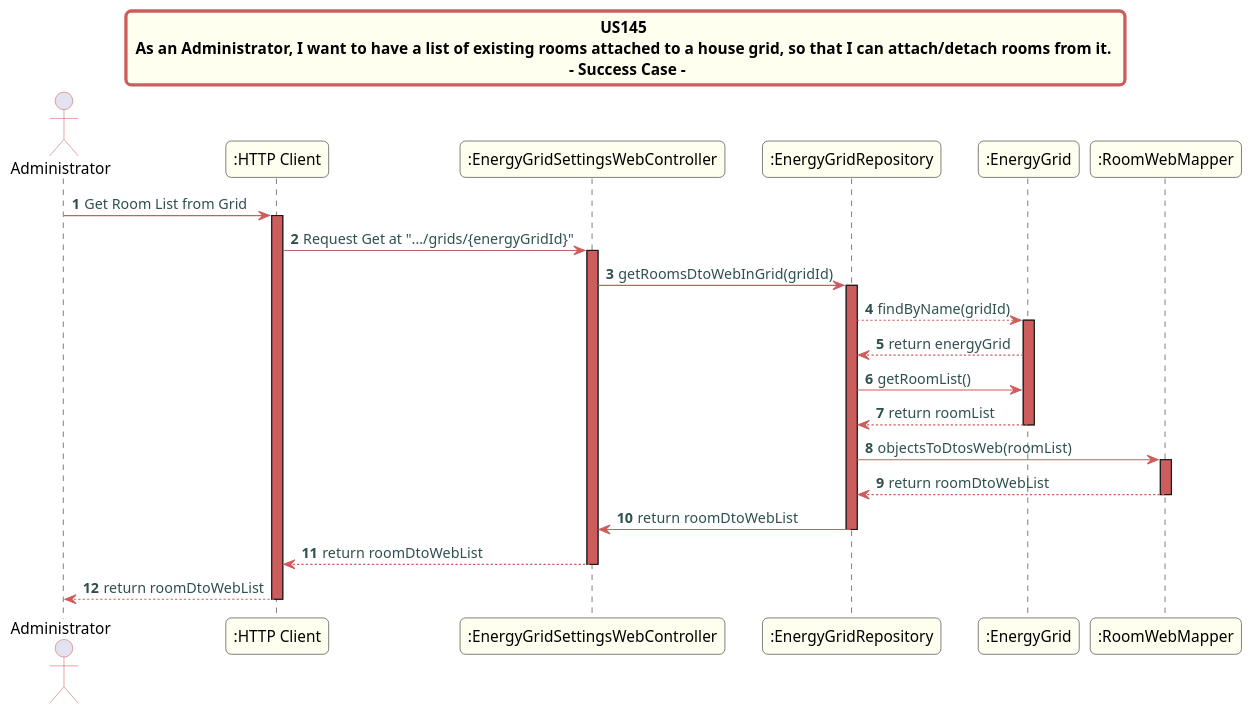
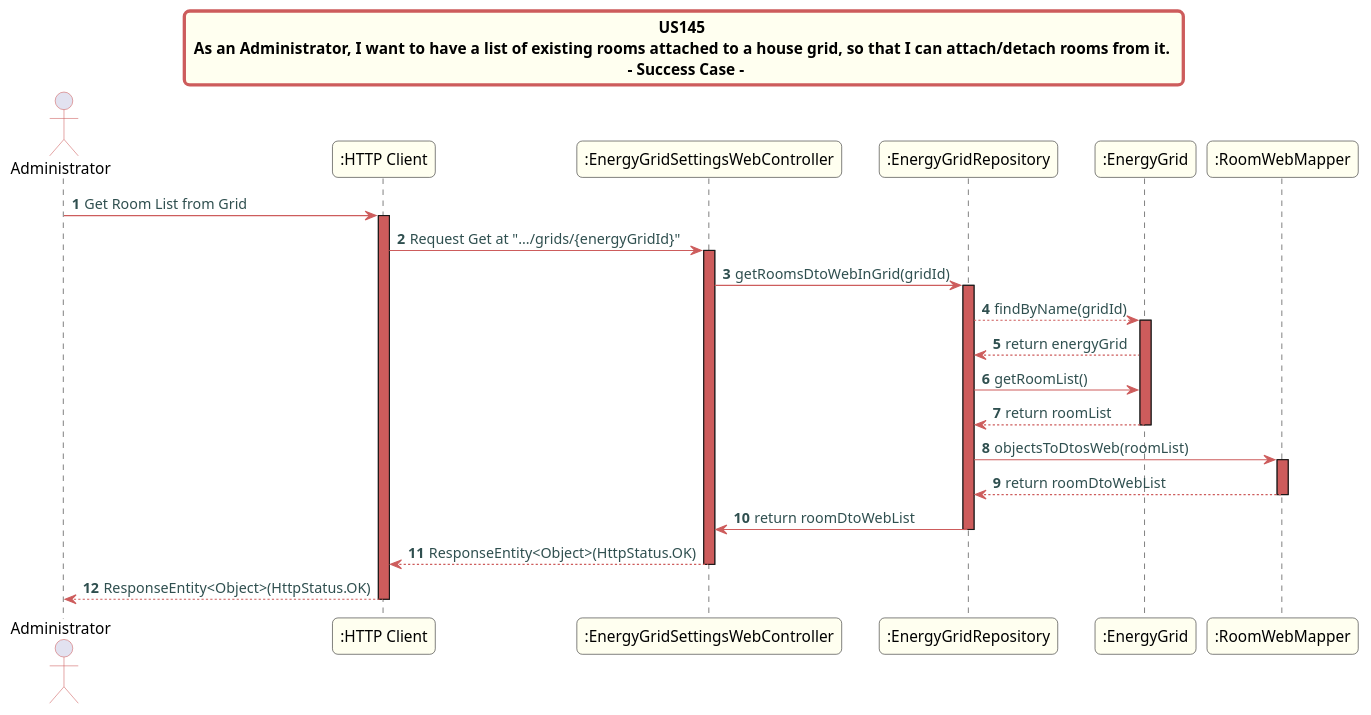
Before and after one commit to Almadanmp/project: the diagram in src/doc/WEB_Controllers/EnergyGridSettings/US145/US145_sd_EnergyGridSettingsWebController.puml, drawn with PlantUML. The commit also changed 1 other file, not shown here.

Commit message:
REF #344 REF #345 - Changed getRoomsWebDtoInGrid() to return a ResponseEntity and changed UML

```diff
--- a/src/doc/WEB_Controllers/EnergyGridSettings/US145/US145_sd_EnergyGridSettingsWebController.puml
+++ b/src/doc/WEB_Controllers/EnergyGridSettings/US145/US145_sd_EnergyGridSettingsWebController.puml
@@ -1,50 +1,50 @@
 @startuml
 skinparam titleBorderRoundCorner 10
 skinparam titleBorderThickness 3
 skinparam titleBorderColor indianred
 skinparam titleBackgroundColor ivory
 skinparam FontName quicksand
 
 skinparam actor {
  	BorderColor indianred
  	}
 
  skinparam sequence {
  	LifeLineBackgroundColor indianred
  	ParticipantBackgroundColor ivory
  }
 
  skinparam roundcorner 10
 
  skinparam component {
    arrowThickness 1
    ArrowFontName Verdana
    ArrowColor indianred
    ArrowFontColor darkslategrey
  }
 title US145 \n As an Administrator, I want to have a list of existing rooms attached to a house grid, so that I can attach/detach rooms from it.  \n - Success Case -
 autonumber
 actor "Administrator"
 "Administrator" -> ":HTTP Client":  Get Room List from Grid
 activate ":HTTP Client"
 ":HTTP Client" -> ":EnergyGridSettingsWebController":  Request Get at ".../grids/{energyGridId}"
 activate ":EnergyGridSettingsWebController"
 ":EnergyGridSettingsWebController" -> ":EnergyGridRepository": getRoomsDtoWebInGrid(gridId)
 activate ":EnergyGridRepository"
 ":EnergyGridRepository" --> ":EnergyGrid": findByName(gridId)
 activate ":EnergyGrid"
 ":EnergyGrid" --> ":EnergyGridRepository": return energyGrid
 ":EnergyGridRepository" -> ":EnergyGrid": getRoomList()
 ":EnergyGrid" --> ":EnergyGridRepository" : return roomList
 deactivate ":EnergyGrid"
 ":EnergyGridRepository" -> ":RoomWebMapper": objectsToDtosWeb(roomList)
 activate ":RoomWebMapper"
 ":RoomWebMapper" --> ":EnergyGridRepository" : return roomDtoWebList
 deactivate ":RoomWebMapper"
 ":EnergyGridRepository" -> ":EnergyGridSettingsWebController" : return roomDtoWebList
 deactivate ":EnergyGridRepository"
-":EnergyGridSettingsWebController" --> ":HTTP Client": return roomDtoWebList
+":EnergyGridSettingsWebController" --> ":HTTP Client": ResponseEntity<Object>(HttpStatus.OK)
 deactivate ":EnergyGridSettingsWebController"
-":HTTP Client" --> "Administrator": return roomDtoWebList
+":HTTP Client" --> "Administrator": ResponseEntity<Object>(HttpStatus.OK)
 deactivate ":HTTP Client"
 @enduml
```
